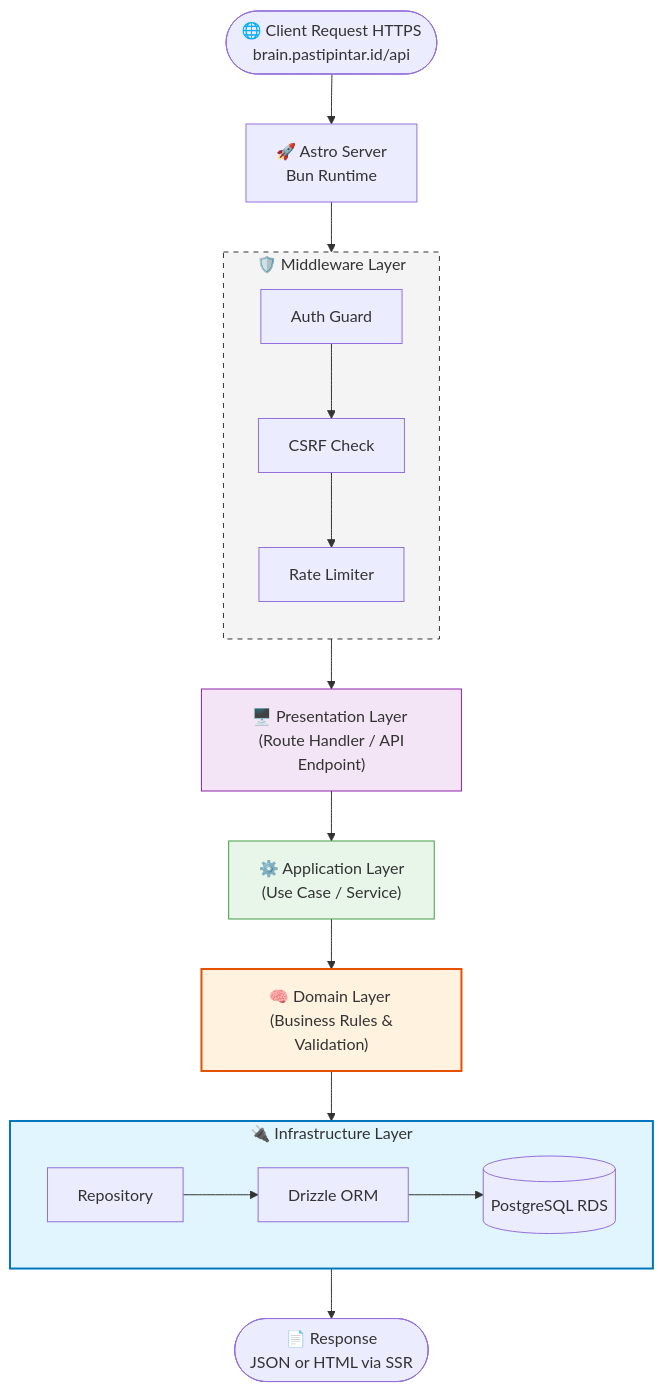
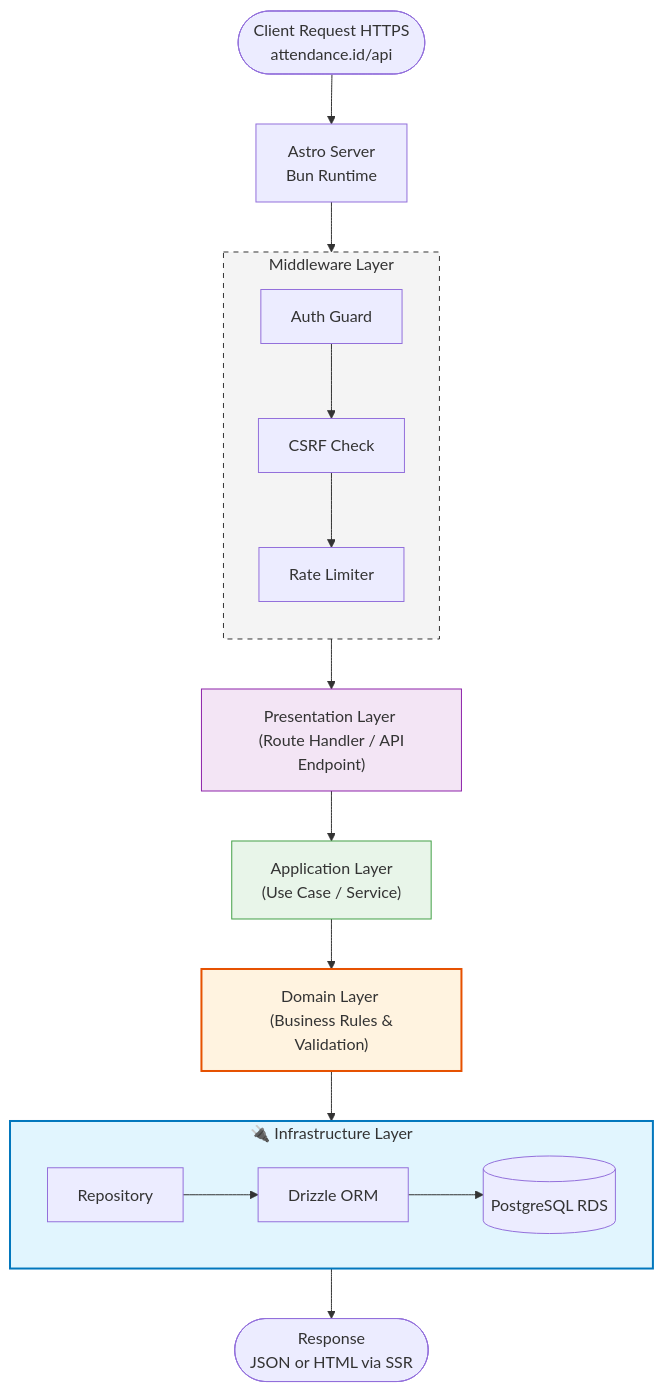
One commit to wildanaziz/astrodance changed the second of 3 diagrams in SDD_University_Attendance_System.md. Above: the diagram before and after it, drawn with Mermaid. The commit also changed other lines of this file, not shown here.

````diff
--- a/SDD_University_Attendance_System.md
+++ b/SDD_University_Attendance_System.md
@@ -186,41 +186,41 @@
 ```mermaid
 graph TD
     %% Titik Awal Request
-    Start([🌐 Client Request HTTPS<br/>brain.pastipintar.id/api])
+    Start([Client Request HTTPS<br/>attendance.id/api])
 
     %% Server
-    Astro[🚀 Astro Server <br/> Bun Runtime]
+    Astro[Astro Server <br/> Bun Runtime]
     
     %% Alur Lapisan Arsitektur
-    subgraph Middlewares ["🛡️ Middleware Layer"]
+    subgraph Middlewares ["Middleware Layer"]
         direction TB
         Auth[Auth Guard] --> CSRF[CSRF Check] --> Rate[Rate Limiter]
     end
     
-    Pres["🖥️ Presentation Layer <br/> (Route Handler / API Endpoint)"]
-    App["⚙️ Application Layer <br/> (Use Case / Service)"]
-    Dom["🧠 Domain Layer <br/> (Business Rules & Validation)"]
+    Pres["Presentation Layer <br/> (Route Handler / API Endpoint)"]
+    App["Application Layer <br/> (Use Case / Service)"]
+    Dom["Domain Layer <br/> (Business Rules & Validation)"]
     
     subgraph InfraLayer ["🔌 Infrastructure Layer"]
         Repo[Repository] --> ORM[Drizzle ORM] --> DB[("PostgreSQL RDS")]
     end
     
     %% Titik Akhir Response
-    Resp([📄 Response <br/> JSON or HTML via SSR])
+    Resp([Response <br/> JSON or HTML via SSR])
 
     %% Relasi Alur
     Start --> Astro
     Astro --> Middlewares
     Middlewares --> Pres
     Pres --> App
     App --> Dom
     Dom --> InfraLayer
     InfraLayer --> Resp
 
     %% Pewarnaan / Styling
     style Middlewares fill:#f4f4f4,stroke:#333,stroke-dasharray: 5 5,color:#333
     style InfraLayer fill:#e1f5fe,stroke:#0277bd,stroke-width:2px,color:#333
     style Pres fill:#f3e5f5,stroke:#8e24aa,color:#333
     style App fill:#e8f5e9,stroke:#43a047,color:#333
     style Dom fill:#fff3e0,stroke:#e65100,stroke-width:2px,color:#333
 ```
````
